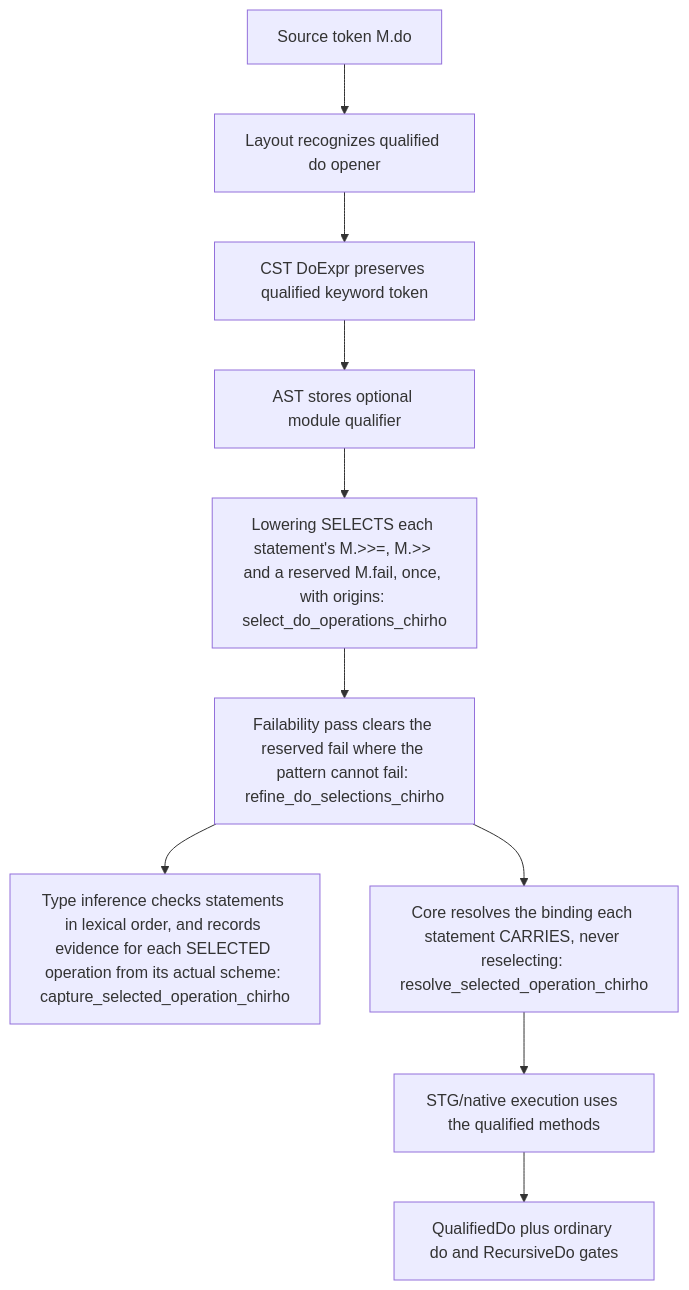
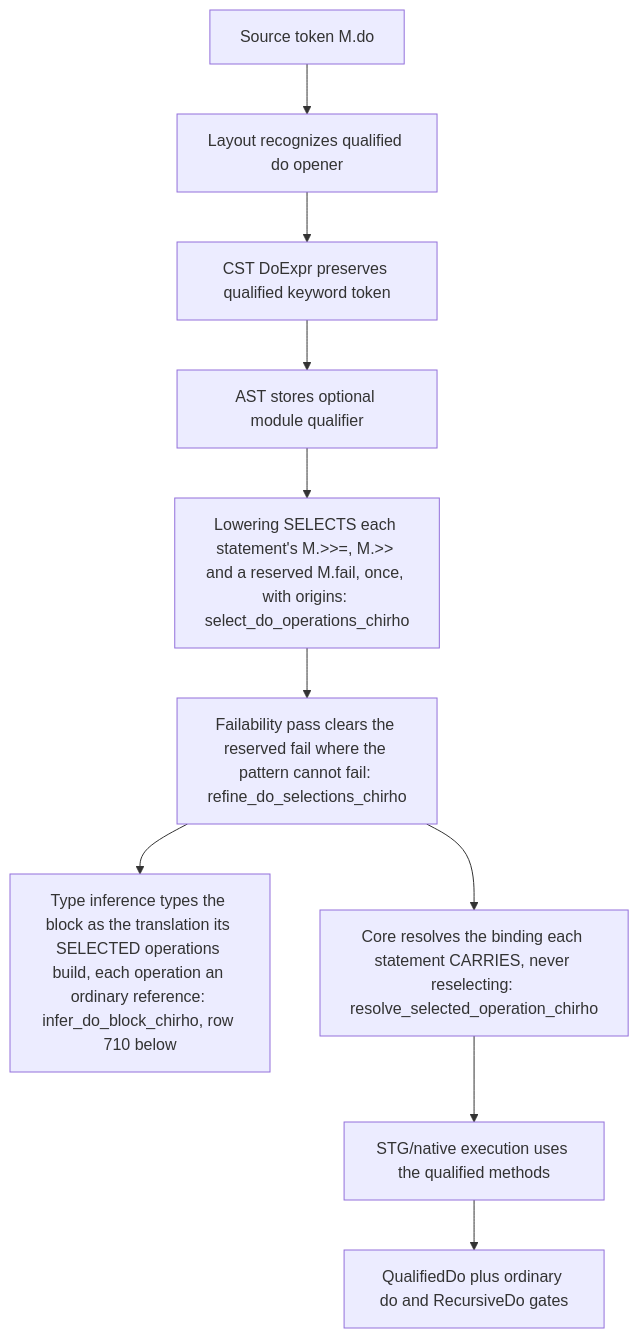
Before and after one commit to loveJesus/haskelujah-chirho: the first of 2 diagrams in spec-chirho/workflows-chirho/language-features-chirho/qualified-do-chirho.md, drawn with Mermaid. The commit also changed other lines of this file and 4 other files, not shown here.

First line of the commit message:
Type a do block as the translation its selected operations build Chirho

````diff
--- a/spec-chirho/workflows-chirho/language-features-chirho/qualified-do-chirho.md
+++ b/spec-chirho/workflows-chirho/language-features-chirho/qualified-do-chirho.md
@@ -6,12 +6,12 @@
 ```mermaid
 flowchart TD
     source_chirho[Source token M.do] --> layout_chirho[Layout recognizes qualified do opener]
     layout_chirho --> parser_chirho[CST DoExpr preserves qualified keyword token]
     parser_chirho --> lower_chirho[AST stores optional module qualifier]
     lower_chirho --> select_chirho[Lowering SELECTS each statement's M.>>=, M.>> and a reserved M.fail, once, with origins: select_do_operations_chirho]
     select_chirho --> refine_chirho[Failability pass clears the reserved fail where the pattern cannot fail: refine_do_selections_chirho]
-    refine_chirho --> typing_chirho[Type inference checks statements in lexical order, and records evidence for each SELECTED operation from its actual scheme: capture_selected_operation_chirho]
+    refine_chirho --> typing_chirho[Type inference types the block as the translation its SELECTED operations build, each operation an ordinary reference: infer_do_block_chirho, row 710 below]
     refine_chirho --> desugar_chirho[Core resolves the binding each statement CARRIES, never reselecting: resolve_selected_operation_chirho]
     desugar_chirho --> runtime_chirho[STG/native execution uses the qualified methods]
     runtime_chirho --> gates_chirho[QualifiedDo plus ordinary do and RecursiveDo gates]
 ```
````
